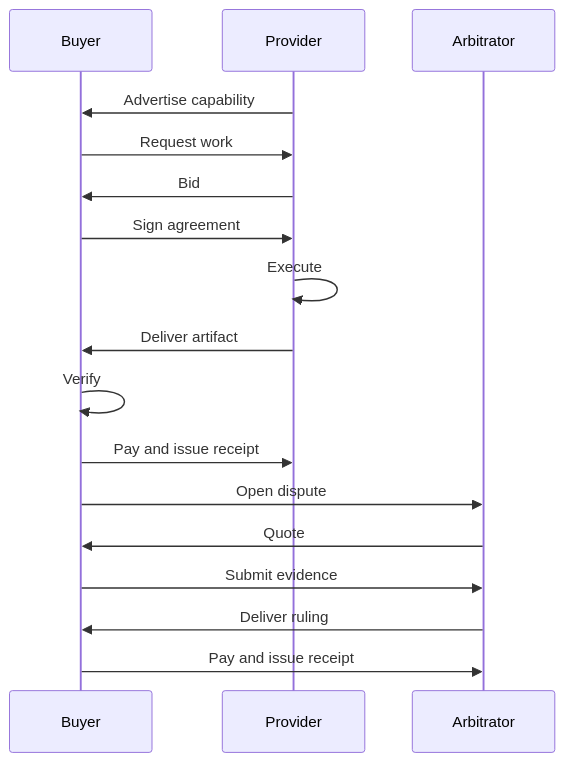
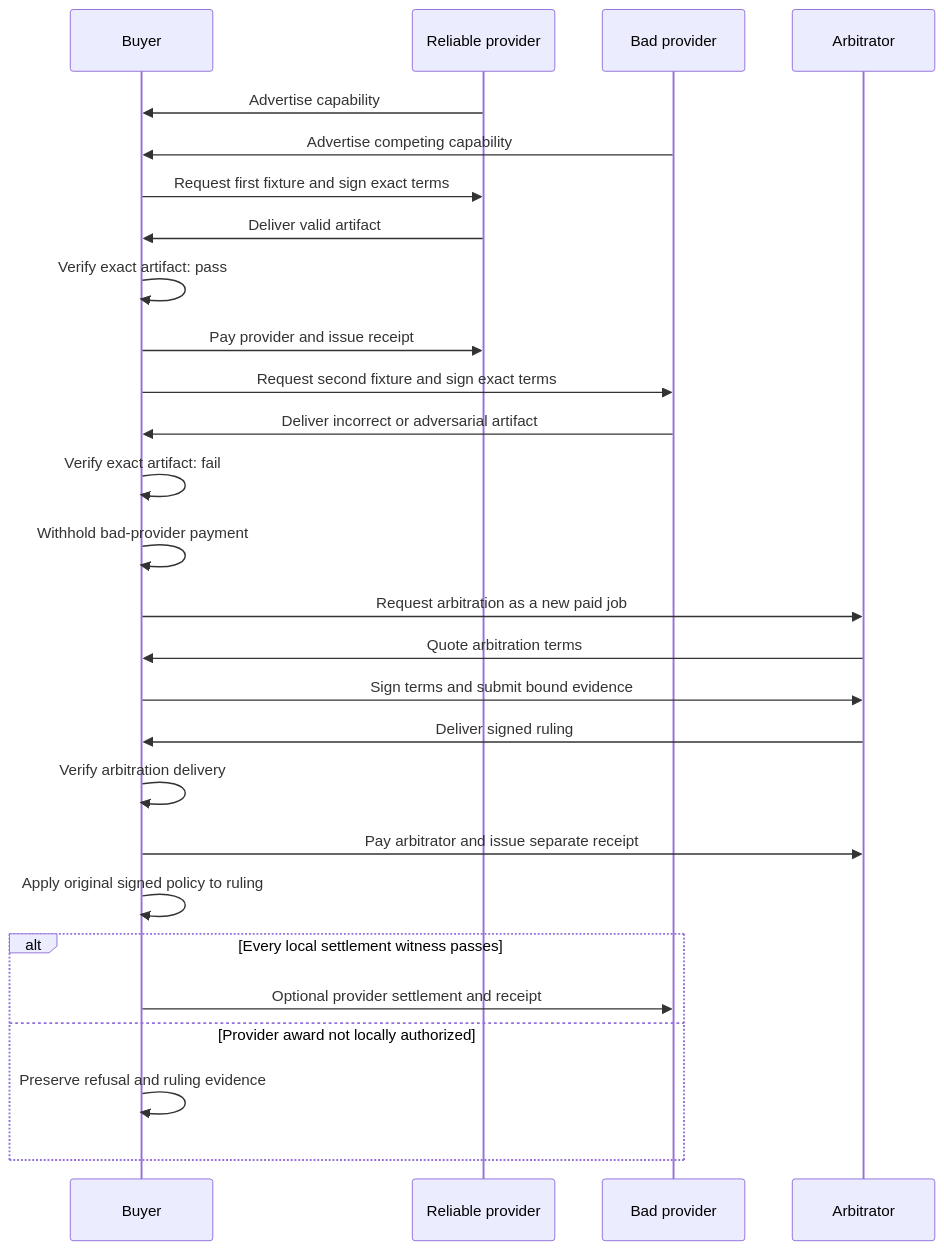
The diagram in docs/demo-contract.md (0xgleb/agentopoly), drawn with Mermaid before and after one commit. The commit also changed other lines of this file and 12 other files, not shown here.

````diff
--- a/docs/demo-contract.md
+++ b/docs/demo-contract.md
@@ -39,19 +41,29 @@
 ```mermaid
 sequenceDiagram
   participant Buyer
-  participant Provider
+  participant Reliable as Reliable provider
+  participant Bad as Bad provider
   participant Arbitrator
-  Provider->>Buyer: Advertise capability
-  Buyer->>Provider: Request work
-  Provider->>Buyer: Bid
-  Buyer->>Provider: Sign agreement
-  Provider->>Provider: Execute
-  Provider->>Buyer: Deliver artifact
-  Buyer->>Buyer: Verify
-  Buyer->>Provider: Pay and issue receipt
-  Buyer->>Arbitrator: Open dispute
-  Arbitrator->>Buyer: Quote
-  Buyer->>Arbitrator: Submit evidence
-  Arbitrator->>Buyer: Deliver ruling
-  Buyer->>Arbitrator: Pay and issue receipt
+  Reliable->>Buyer: Advertise capability
+  Bad->>Buyer: Advertise competing capability
+  Buyer->>Reliable: Request first fixture and sign exact terms
+  Reliable->>Buyer: Deliver valid artifact
+  Buyer->>Buyer: Verify exact artifact: pass
+  Buyer->>Reliable: Pay provider and issue receipt
+  Buyer->>Bad: Request second fixture and sign exact terms
+  Bad->>Buyer: Deliver incorrect or adversarial artifact
+  Buyer->>Buyer: Verify exact artifact: fail
+  Buyer->>Buyer: Withhold bad-provider payment
+  Buyer->>Arbitrator: Request arbitration as a new paid job
+  Arbitrator->>Buyer: Quote arbitration terms
+  Buyer->>Arbitrator: Sign terms and submit bound evidence
+  Arbitrator->>Buyer: Deliver signed ruling
+  Buyer->>Buyer: Verify arbitration delivery
+  Buyer->>Arbitrator: Pay arbitrator and issue separate receipt
+  Buyer->>Buyer: Apply original signed policy to ruling
+  alt Every local settlement witness passes
+    Buyer->>Bad: Optional provider settlement and receipt
+  else Provider award not locally authorized
+    Buyer->>Buyer: Preserve refusal and ruling evidence
+  end
 ```
````
